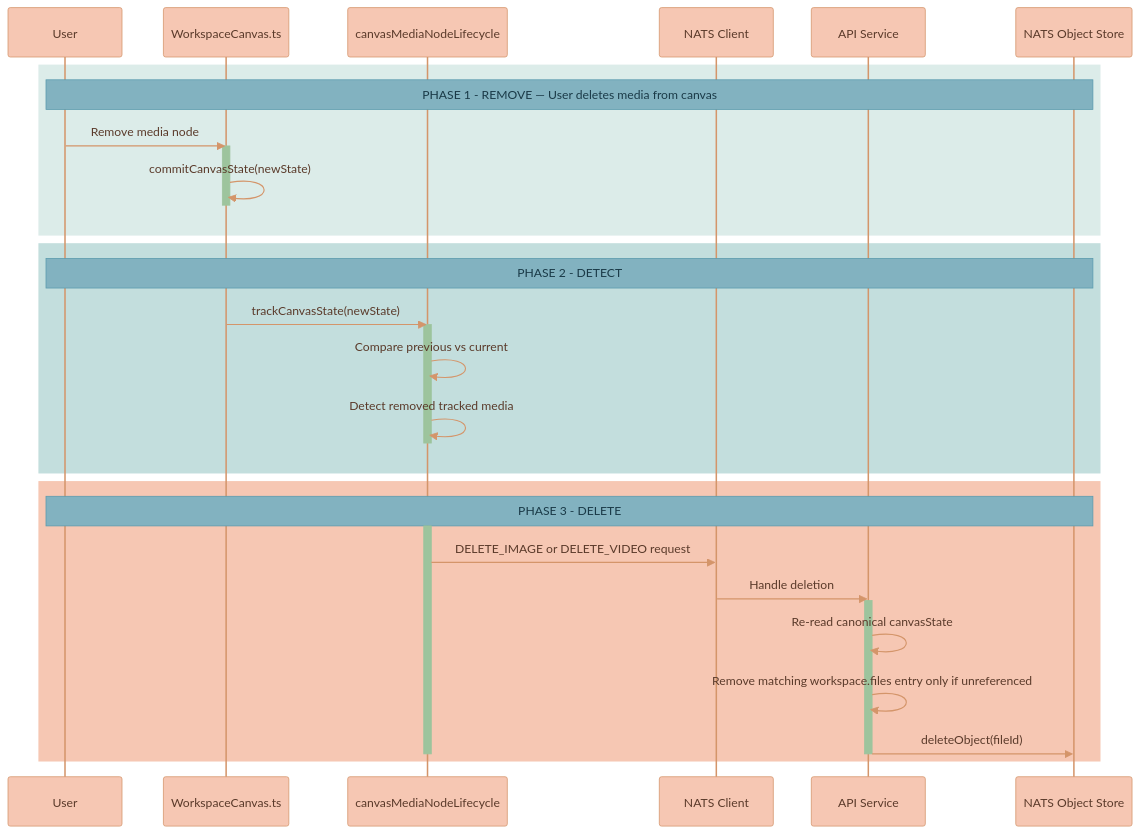
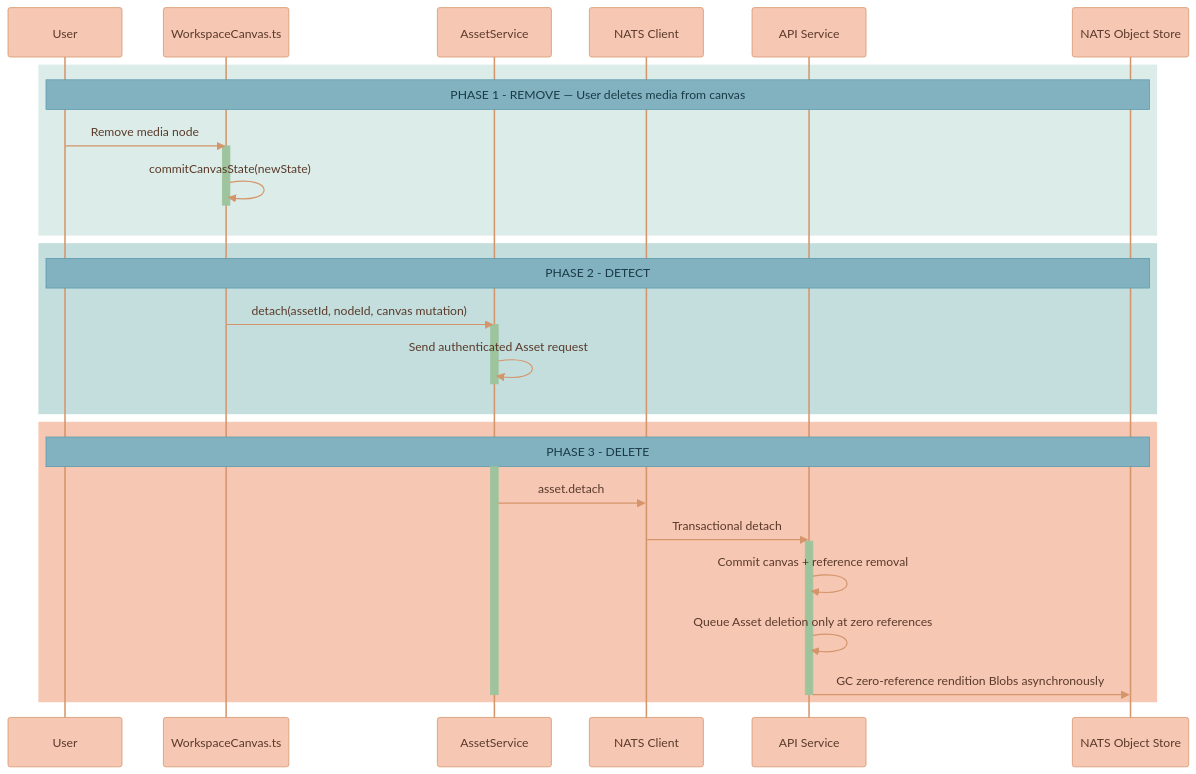
Before and after one commit to Lixpi/lixpi: the fourth of 6 diagrams in documentation/canvas/USER-FLOWS.md, drawn with Mermaid. The commit also changed other lines of this file and 225 other files, not shown here.

````diff
--- a/documentation/canvas/USER-FLOWS.md
+++ b/documentation/canvas/USER-FLOWS.md
@@ -199,48 +199,47 @@
 ```mermaid
 %%{init: {'theme': 'base', 'themeVariables': { 'noteBkgColor': '#82B2C0', 'noteTextColor': '#1a3a47', 'noteBorderColor': '#5a9aad', 'actorBkg': '#F6C7B3', 'actorBorder': '#d4956a', 'actorTextColor': '#5a3a2a', 'actorLineColor': '#d4956a', 'signalColor': '#d4956a', 'signalTextColor': '#5a3a2a', 'labelBoxBkgColor': '#F6C7B3', 'labelBoxBorderColor': '#d4956a', 'labelTextColor': '#5a3a2a', 'loopTextColor': '#5a3a2a', 'activationBorderColor': '#9DC49D', 'activationBkgColor': '#9DC49D', 'sequenceNumberColor': '#5a3a2a'}}}%%
 sequenceDiagram
     participant User
     participant Canvas as WorkspaceCanvas.ts
-    participant Tracker as canvasMediaNodeLifecycle
+    participant AssetSvc as AssetService
     participant NATS as NATS Client
     participant API as API Service
     participant ObjStore as NATS Object Store
     %% ═══════════════════════════════════════════════════════════════
     %% PHASE 1: REMOVE
     %% ═══════════════════════════════════════════════════════════════
     rect rgb(220, 236, 233)
         Note over User, ObjStore: PHASE 1 - REMOVE — User deletes media from canvas
         User->>Canvas: Remove media node
         activate Canvas
         Canvas->>Canvas: commitCanvasState(newState)
         deactivate Canvas
     end
 
     %% ═══════════════════════════════════════════════════════════════
     %% PHASE 2: DETECT
     %% ═══════════════════════════════════════════════════════════════
     rect rgb(195, 222, 221)
         Note over User, ObjStore: PHASE 2 - DETECT
-        Canvas->>Tracker: trackCanvasState(newState)
-        activate Tracker
-        Tracker->>Tracker: Compare previous vs current
-        Tracker->>Tracker: Detect removed tracked media
-        deactivate Tracker
+        Canvas->>AssetSvc: detach(assetId, nodeId, canvas mutation)
+        activate AssetSvc
+        AssetSvc->>AssetSvc: Send authenticated Asset request
+        deactivate AssetSvc
     end
 
     %% ═══════════════════════════════════════════════════════════════
     %% PHASE 3: DELETE
     %% ═══════════════════════════════════════════════════════════════
     rect rgb(246, 199, 179)
         Note over User, ObjStore: PHASE 3 - DELETE
-        activate Tracker
-        Tracker->>NATS: DELETE_IMAGE or DELETE_VIDEO request
-        NATS->>API: Handle deletion
+        activate AssetSvc
+        AssetSvc->>NATS: asset.detach
+        NATS->>API: Transactional detach
         activate API
-        API->>API: Re-read canonical canvasState
-        API->>API: Remove matching workspace.files entry only if unreferenced
-        API->>ObjStore: deleteObject(fileId)
+        API->>API: Commit canvas + reference removal
+        API->>API: Queue Asset deletion only at zero references
+        API->>ObjStore: GC zero-reference rendition Blobs asynchronously
         deactivate API
-        deactivate Tracker
+        deactivate AssetSvc
     end
 ```
````
